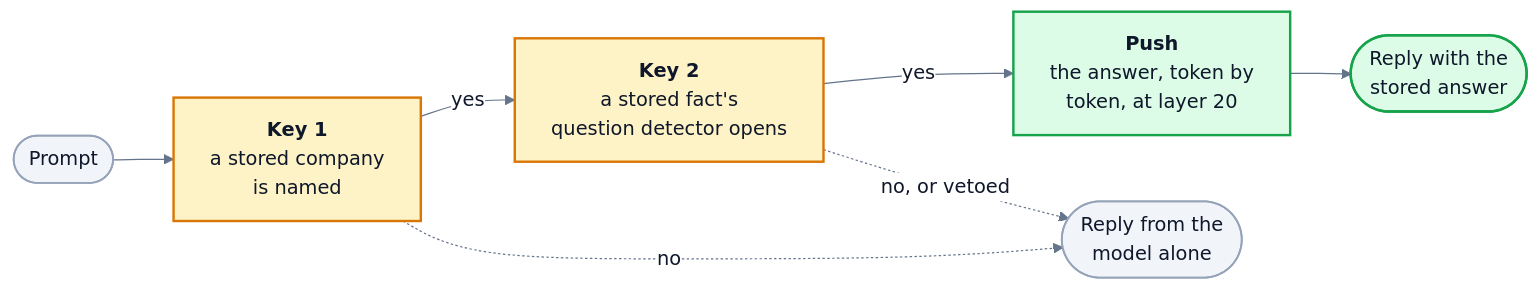
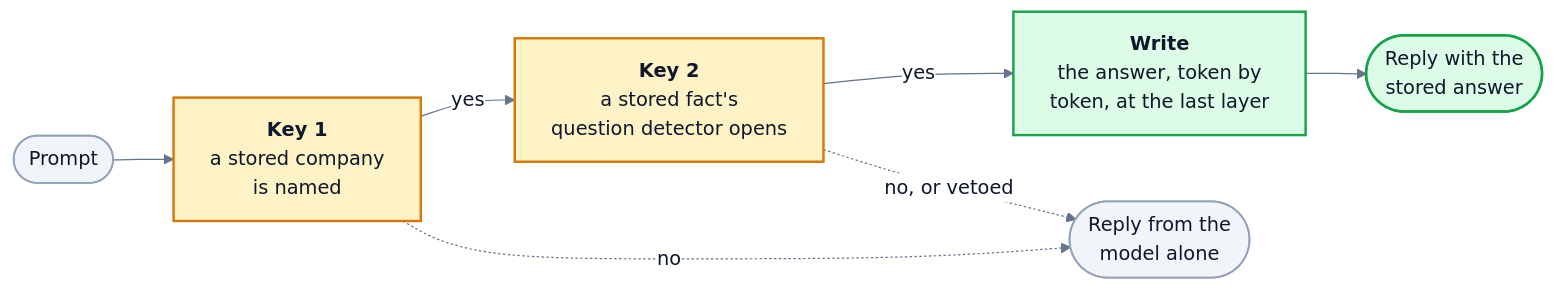
One commit to GhoshSrinjoy/CramSchool changed the diagram in README.md. Above: the diagram before and after it, drawn with Mermaid. The commit also changed other lines of this file and 20 other files, not shown here.

````diff
--- a/README.md
+++ b/README.md
@@ -28,16 +45,16 @@
 ```mermaid
 %%{init: {"theme": "base", "themeVariables": {"fontSize": "16px", "primaryColor": "#F1F5F9", "primaryTextColor": "#0F172A", "primaryBorderColor": "#94A3B8", "lineColor": "#64748B", "edgeLabelBackground": "#FFFFFF"}}}%%
 flowchart LR
     P(["Prompt"]) --> K1["<b>Key 1</b><br/>a stored company<br/>is named"]
     K1 -->|yes| K2["<b>Key 2</b><br/>a stored fact's<br/>question detector opens"]
-    K2 -->|yes| PU["<b>Push</b><br/>the answer, token by<br/>token, at layer 20"]
+    K2 -->|yes| PU["<b>Write</b><br/>the answer, token by<br/>token, at the last layer"]
     PU --> A(["Reply with the<br/>stored answer"])
     K1 -.->|no| M(["Reply from the<br/>model alone"])
     K2 -.->|"no, or vetoed"| M
     classDef key fill:#FEF3C7,stroke:#D97706,stroke-width:2px,color:#0F172A
     classDef good fill:#DCFCE7,stroke:#16A34A,stroke-width:2px,color:#0F172A
     classDef plain fill:#F1F5F9,stroke:#94A3B8,stroke-width:1.5px,color:#0F172A
     class K1,K2 key
     class PU,A good
     class P,M plain
 ```
````
